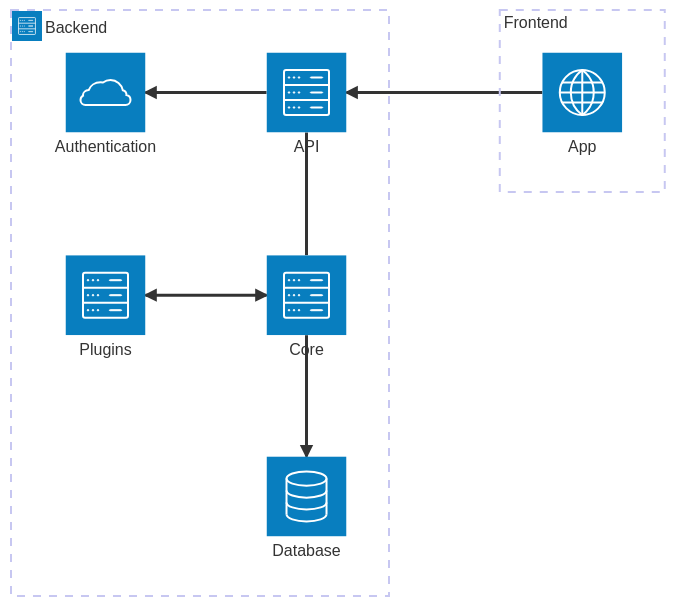
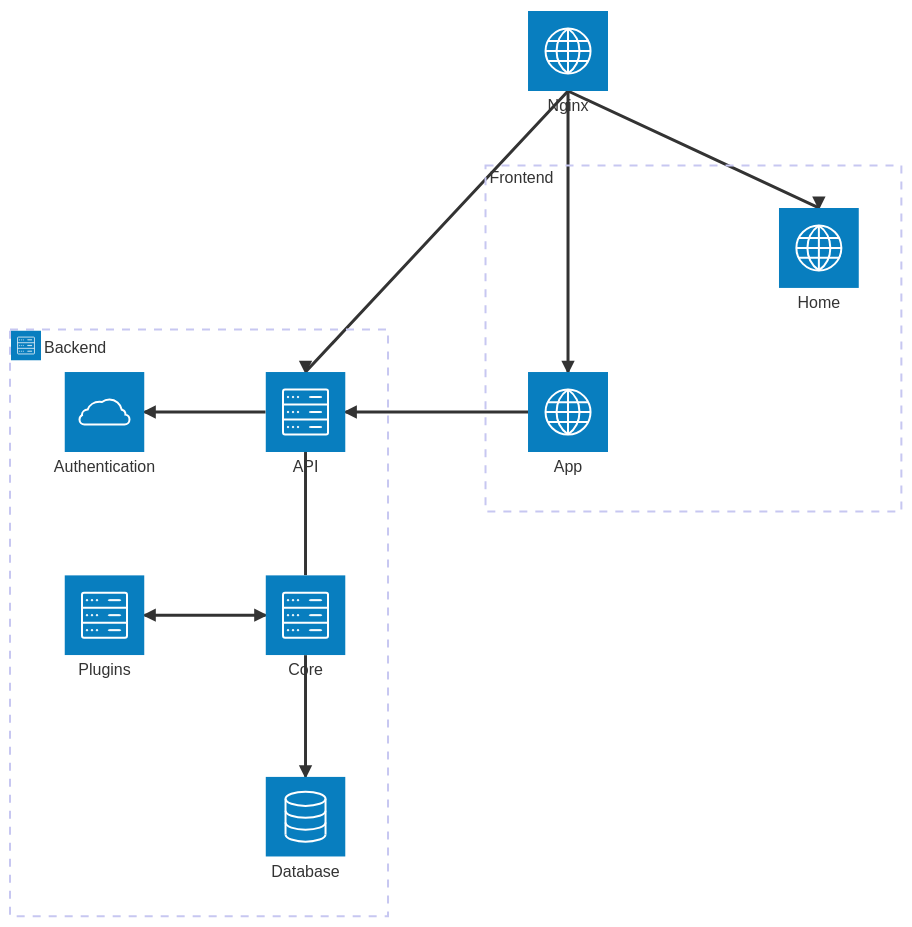
One commit to Jkutkut/ShopList changed the diagram in docs/architecture.md. Above: the diagram before and after it, drawn with Mermaid.

````diff
--- a/docs/architecture.md
+++ b/docs/architecture.md
@@ -2,20 +2,25 @@
 ```mermaid
 architecture-beta
+    service nginx(internet)[Nginx]
+    nginx:B --> T:api
+    nginx:B --> T:home
+    nginx:B --> T:app
+
     group back(server)[Backend]
     service db(database)[Database] in back
     service auth(cloud)[Authentication] in back
     service api(server)[API] in back
     service core(server)[Core] in back
     service plugins(server)[Plugins] in back
 
     api:L --> R:auth
     api:B -- T:core
     core:B --> T:db
     plugins:R <--> L:core
 
     group front[Frontend]
     service app(internet)[App] in front
+    service home(internet)[Home] in front
 
     api:R <-- L:app
-
 ```
````
